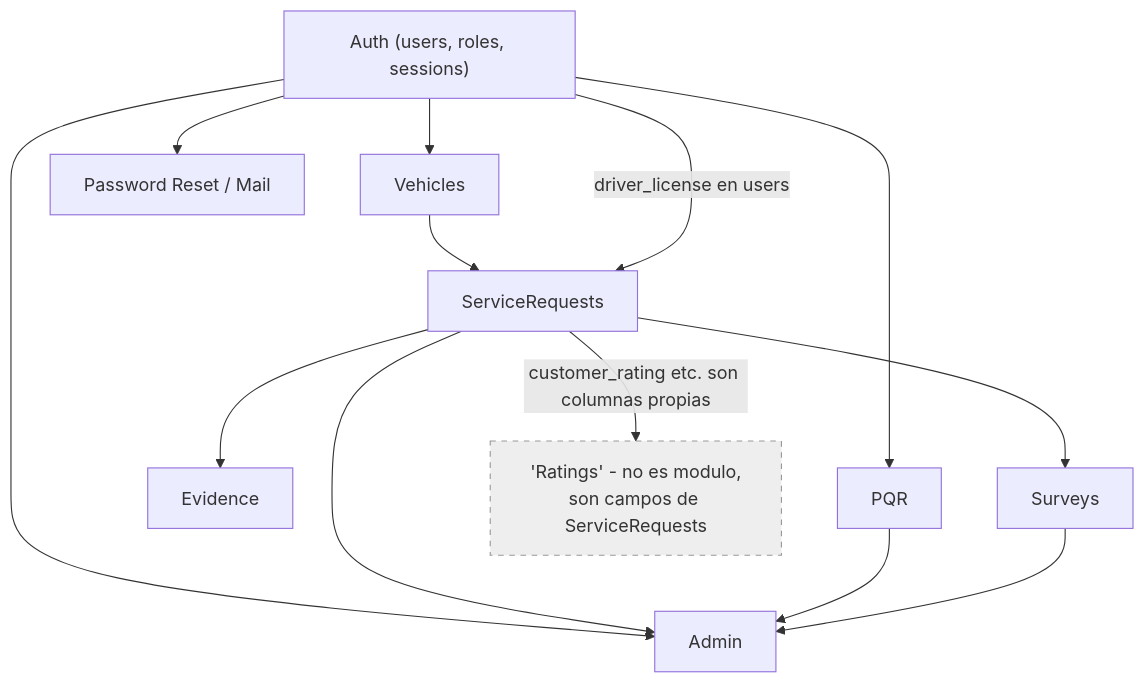
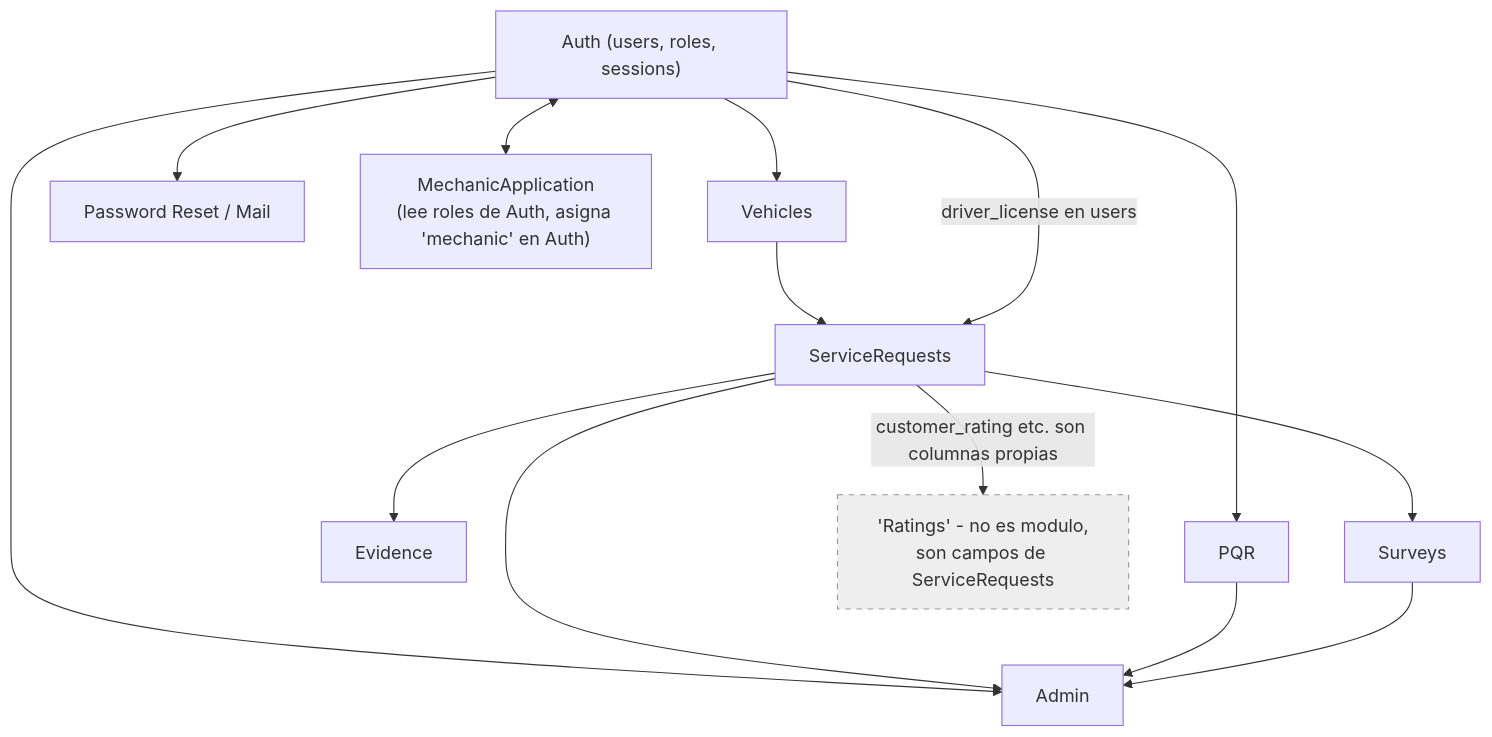
Before and after one commit to JuanAndresGonzalezBurbano/PARCE: the diagram in docs/architecture/uml/10-dependencies.md, drawn with Mermaid. The commit also changed other lines of this file and 35 other files, not shown here.

Commit message:
feat: add mechanic application workflow

````diff
--- a/docs/architecture/uml/10-dependencies.md
+++ b/docs/architecture/uml/10-dependencies.md
@@ -5,16 +5,17 @@
 ```mermaid
 flowchart TD
     Auth["Auth (users, roles, sessions)"] --> Vehicles
     Auth --> PQR
     Auth --> PasswordReset["Password Reset / Mail"]
     Vehicles --> ServiceRequests
     Auth -->|"driver_license en users"| ServiceRequests
     ServiceRequests --> Evidence
     ServiceRequests --> Surveys
     ServiceRequests -->|"customer_rating etc. son columnas propias"| Ratings["'Ratings' - no es modulo,\nson campos de ServiceRequests"]
     Auth --> Admin
     ServiceRequests --> Admin
     PQR --> Admin
     Surveys --> Admin
+    Auth <--> MechanicApplication["MechanicApplication\n(lee roles de Auth, asigna 'mechanic' en Auth)"]
     style Ratings fill:#eee,stroke:#999,stroke-dasharray: 5 5
 ```
````
